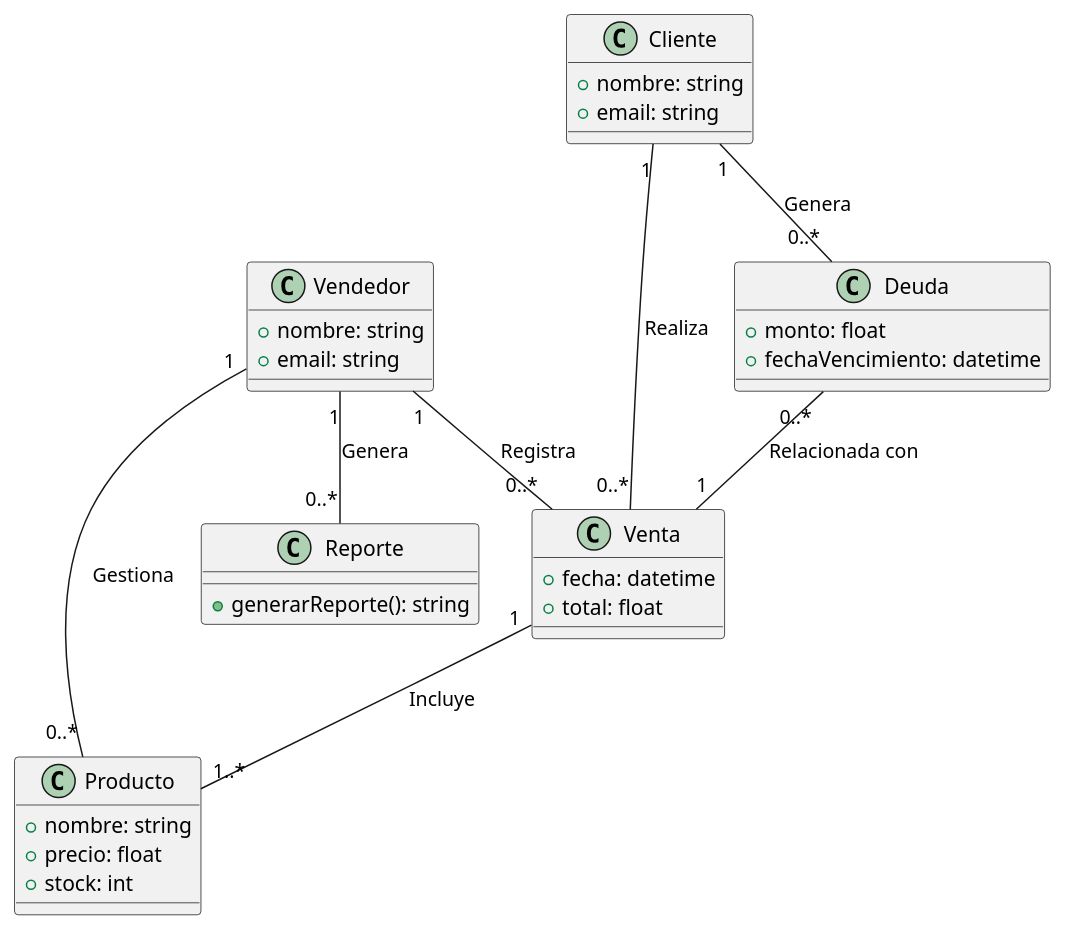
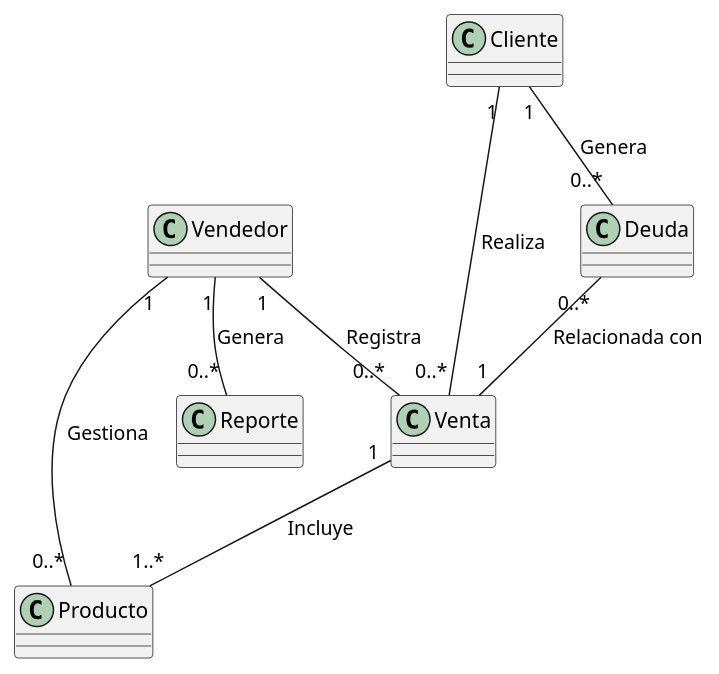
One commit to OverCV/Portable changed the diagram in docs/concept.plantuml. Above: the diagram before and after it, drawn with PlantUML. The commit also changed 10 other files, not shown here.

```diff
--- a/docs/concept.plantuml
+++ b/docs/concept.plantuml
@@ -1,40 +1,39 @@
 @startuml
 class Vendedor {
-    +nombre: string
-    +email: string
+    ' +nombre: string
+    ' +email: string
 }
 
 class Cliente {
-    +nombre: string
-    +email: string
+    ' +nombre: string
+    ' +email: string
 }
 
 class Producto {
-    +nombre: string
-    +precio: float
-    +stock: int
+    ' +nombre: string
+    ' +precio: float
+    ' +stock: int
 }
 
 class Venta {
-    +fecha: datetime
-    +total: float
+    ' +fecha: datetime
+    ' +total: float
 }
 
 class Deuda {
-    +monto: float
-    +fechaVencimiento: datetime
+    ' +monto: float
 }
 
 class Reporte {
-    +generarReporte(): string
+    ' +generarReporte(): string
 }
 
 ' Relaciones con cardinalidad
 Vendedor "1" -- "0..*" Producto : "Gestiona"
 Vendedor "1" -- "0..*" Venta : "Registra"
 Cliente "1" -- "0..*" Venta : "Realiza"
 Venta "1" -- "1..*" Producto : "Incluye"
 Cliente "1" -- "0..*" Deuda : "Genera"
 Deuda "0..*" -- "1" Venta : "Relacionada con"
 Vendedor "1" -- "0..*" Reporte : "Genera"
 @enduml
```
